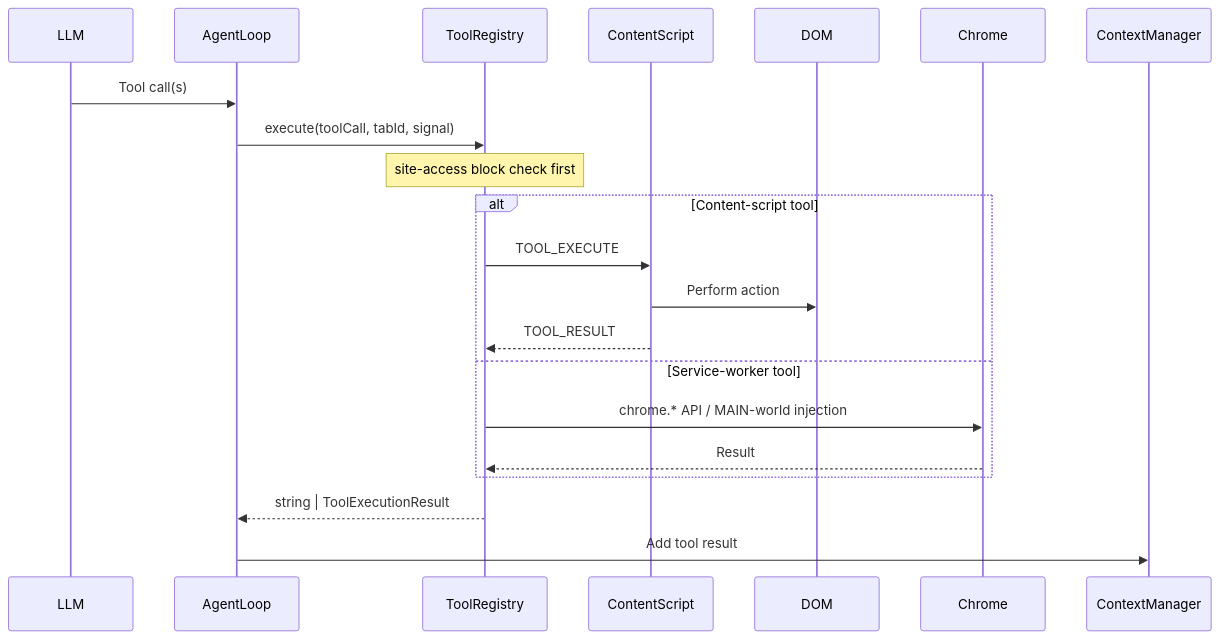
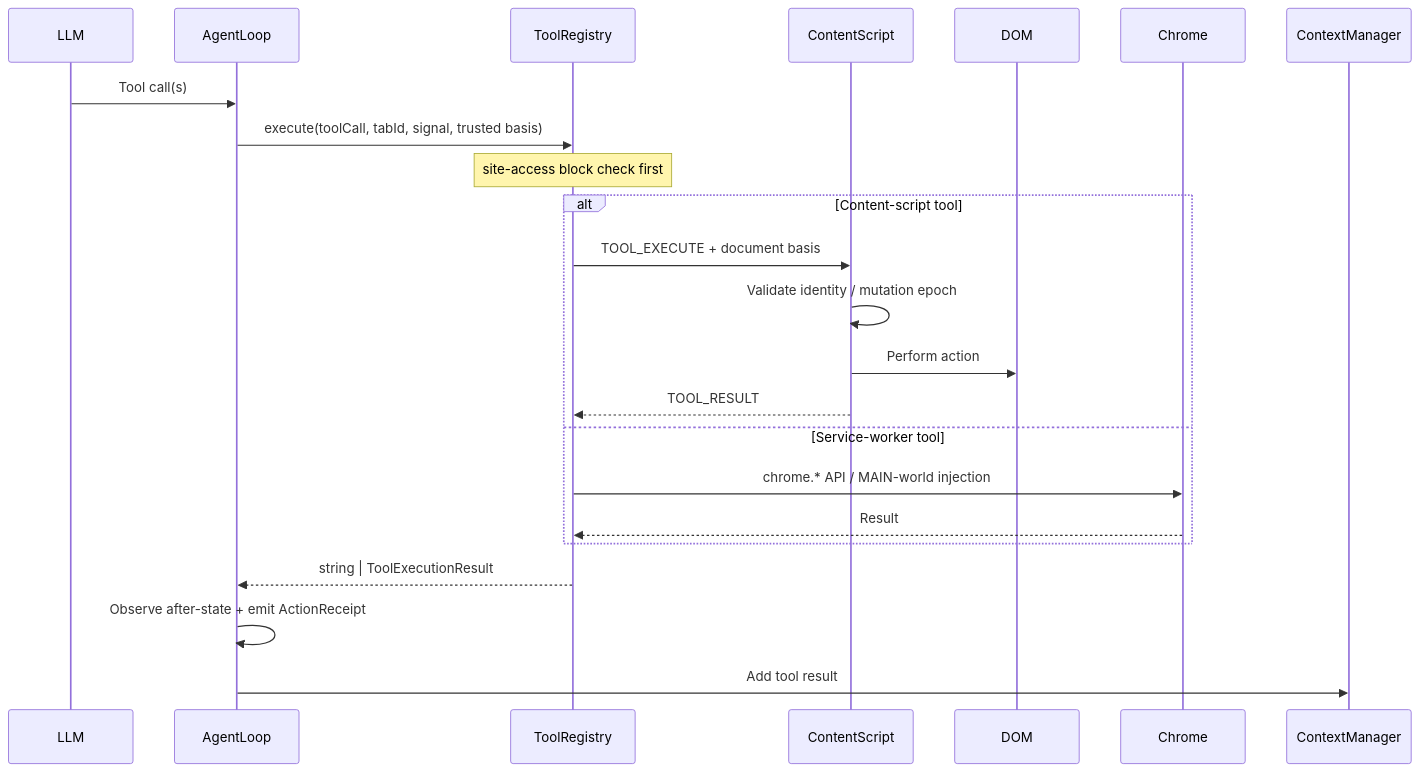
Before and after one commit to krisshkodrani/OpenSidebar: the diagram in docs/architecture/tools.md, drawn with Mermaid. The commit also changed other lines of this file and 10 other files, not shown here.

````diff
--- a/docs/architecture/tools.md
+++ b/docs/architecture/tools.md
@@ -108,24 +108,26 @@
 ```mermaid
 sequenceDiagram
     participant LLM
     participant AgentLoop
     participant ToolRegistry
     participant ContentScript
     participant DOM
 
     LLM->>AgentLoop: Tool call(s)
-    AgentLoop->>ToolRegistry: execute(toolCall, tabId, signal)
+    AgentLoop->>ToolRegistry: execute(toolCall, tabId, signal, trusted basis)
     Note over ToolRegistry: site-access block check first
 
     alt Content-script tool
-        ToolRegistry->>ContentScript: TOOL_EXECUTE
+        ToolRegistry->>ContentScript: TOOL_EXECUTE + document basis
+        ContentScript->>ContentScript: Validate identity / mutation epoch
         ContentScript->>DOM: Perform action
         ContentScript-->>ToolRegistry: TOOL_RESULT
     else Service-worker tool
         ToolRegistry->>Chrome: chrome.* API / MAIN-world injection
         Chrome-->>ToolRegistry: Result
     end
 
     ToolRegistry-->>AgentLoop: string | ToolExecutionResult
+    AgentLoop->>AgentLoop: Observe after-state + emit ActionReceipt
     AgentLoop->>ContextManager: Add tool result
 ```
````
